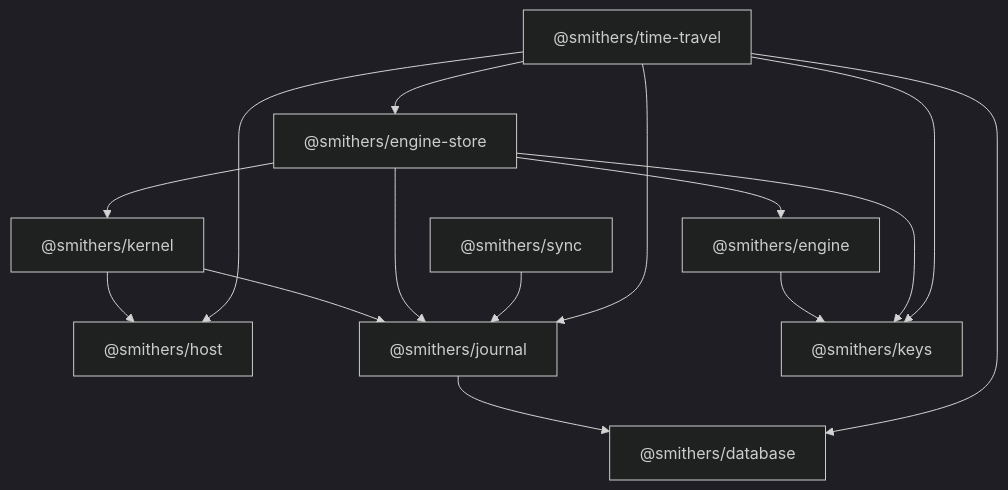
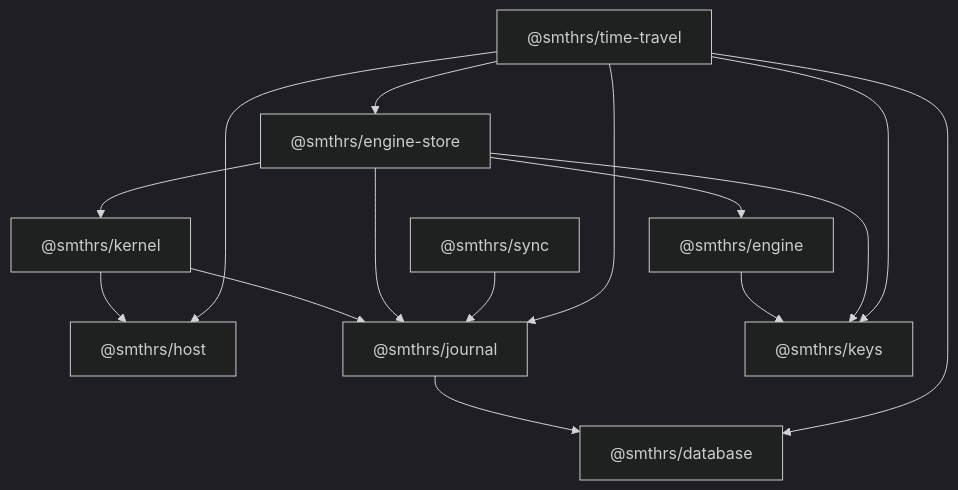
One commit to smithersai/flows changed the diagram in docs/architecture/package-map.md. Above: the diagram before and after it, drawn with Mermaid (dark theme). The commit also changed other lines of this file and 216 other files, not shown here.

Commit message:
♻️ refactor: rename the npm scope from @smithers to @smthrs

````diff
--- a/docs/architecture/package-map.md
+++ b/docs/architecture/package-map.md
@@ -7,20 +7,20 @@
 ```mermaid
 flowchart TD
-  H["@smithers/host"]
-  D["@smithers/database"]
+  H["@smthrs/host"]
+  D["@smthrs/database"]
 
-  J["@smithers/journal"] --> D
-  K["@smithers/kernel"] --> H
+  J["@smthrs/journal"] --> D
+  K["@smthrs/kernel"] --> H
   K --> J
-  W["@smithers/engine"] --> Keys["@smithers/keys"]
-  E["@smithers/engine-store"] --> W
+  W["@smthrs/engine"] --> Keys["@smthrs/keys"]
+  E["@smthrs/engine-store"] --> W
   E --> Keys
   E --> J
   E --> K
-  S["@smithers/sync"] --> J
-  T["@smithers/time-travel"] --> D
+  S["@smthrs/sync"] --> J
+  T["@smthrs/time-travel"] --> D
   T --> E
   T --> H
   T --> J
   T --> Keys
 ```
````
